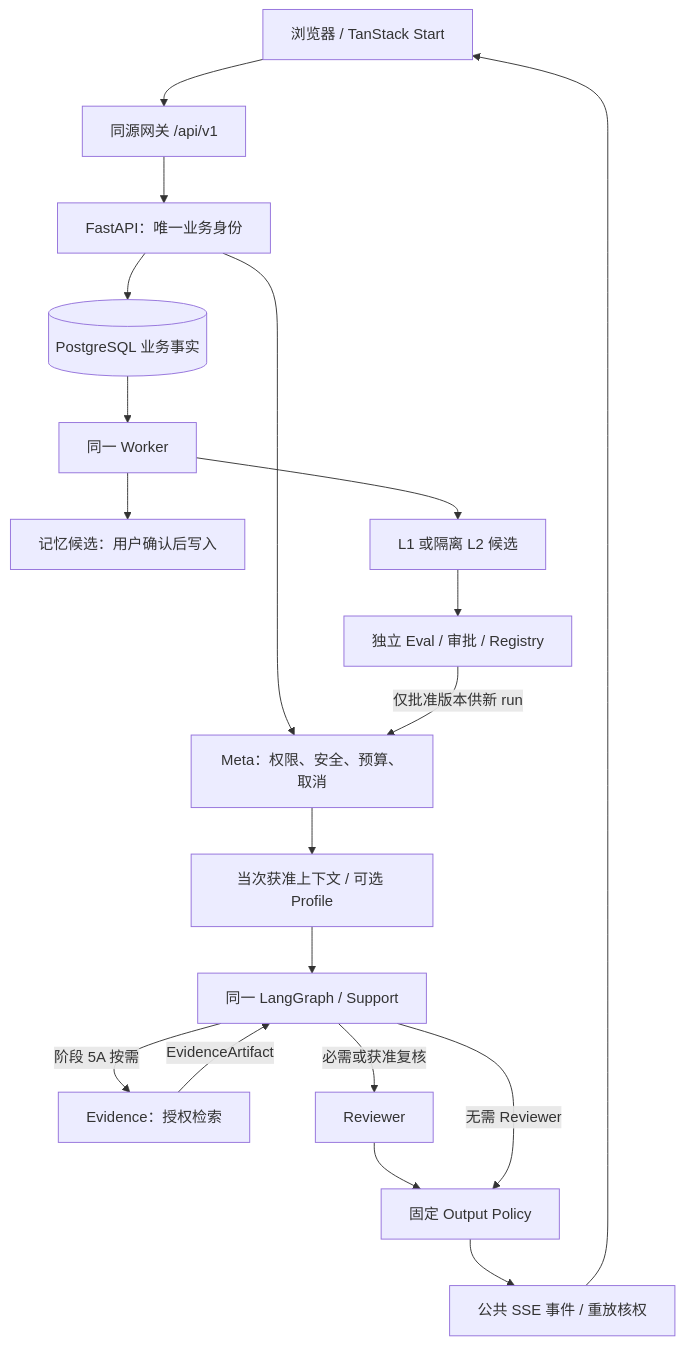
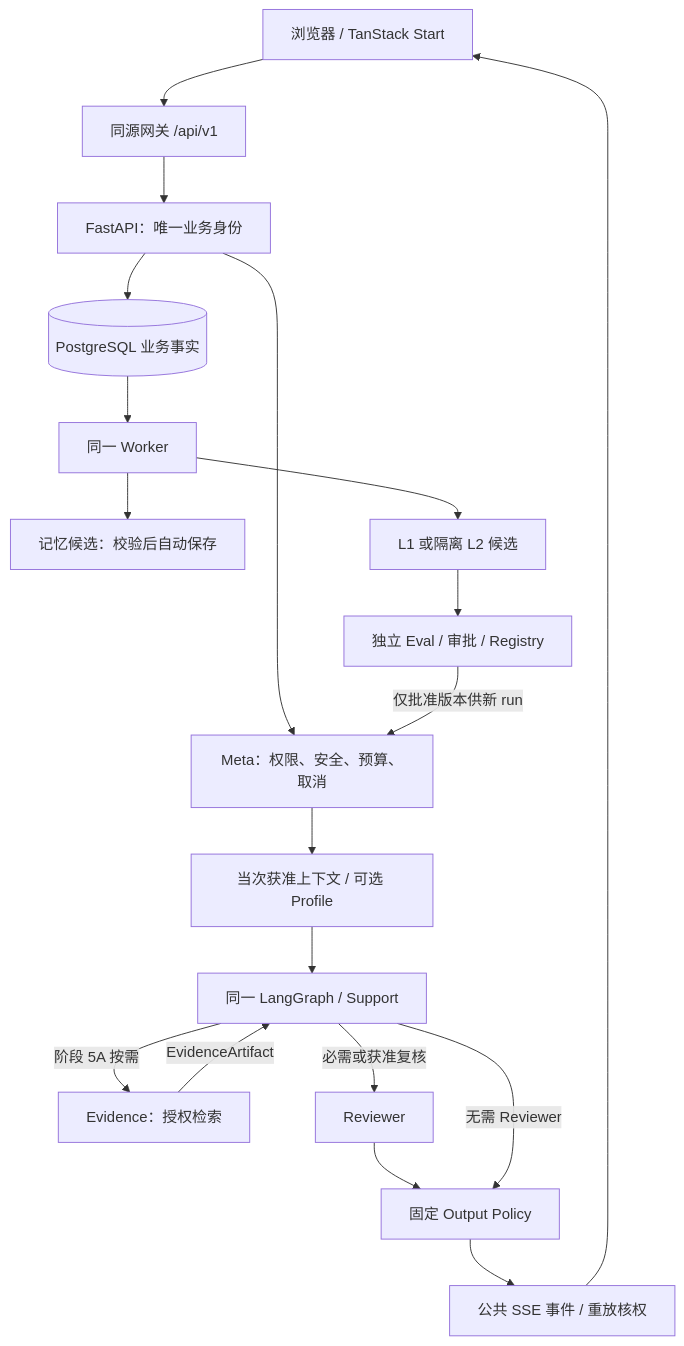
Before and after one commit to zhyupeee/PsyEvoAgent: the diagram in README.md, drawn with Mermaid. The commit also changed other lines of this file and 197 other files, not shown here.

````diff
--- a/README.md
+++ b/README.md
@@ -94,21 +100,21 @@
 ```mermaid
 flowchart TB
   B[浏览器 / TanStack Start] --> GW[同源网关 /api/v1]
   GW --> API[FastAPI：唯一业务身份]
   API --> META[Meta：权限、安全、预算、取消]
   META --> L0[当次获准上下文 / 可选 Profile]
   L0 --> LG[同一 LangGraph / Support]
   LG -->|阶段 5A 按需| E[Evidence：授权检索]
   E -->|EvidenceArtifact| LG
   LG -->|必需或获准复核| REV[Reviewer]
   REV --> OUT[固定 Output Policy]
   LG -->|无需 Reviewer| OUT
   OUT --> SSE[公共 SSE 事件 / 重放核权]
   SSE --> B
   API --> PG[(PostgreSQL 业务事实)]
   PG --> JOB[同一 Worker]
-  JOB --> MC[记忆候选：用户确认后写入]
+  JOB --> MC[记忆候选：校验后自动保存]
   JOB --> OPT[L1 或隔离 L2 候选]
   OPT --> GE[独立 Eval / 审批 / Registry]
   GE -->|仅批准版本供新 run| META
 ```
````
